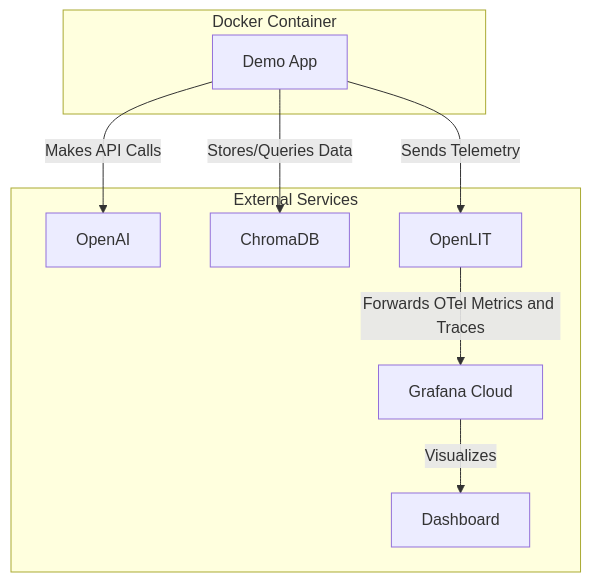
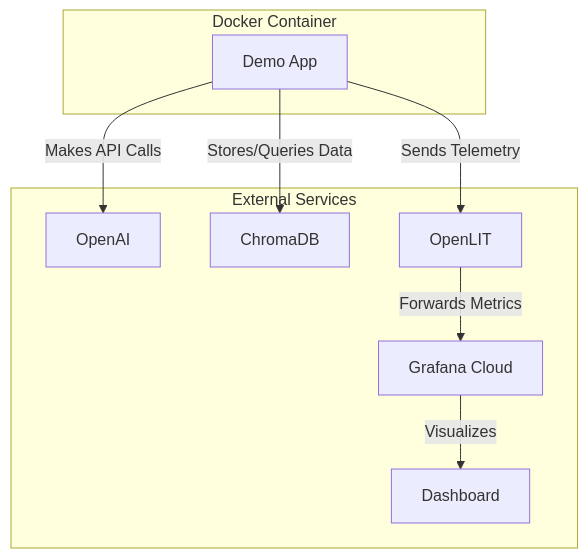
Before and after one commit to grafana/ai-observability-demo: the diagram in docker/README.md, drawn with Mermaid. The commit also changed other lines of this file, not shown here.

````diff
--- a/docker/README.md
+++ b/docker/README.md
@@ -7,20 +7,20 @@
 ```mermaid
 graph TD
     A[Demo App] -->|Makes API Calls| B[OpenAI]
     A -->|Stores/Queries Data| C[ChromaDB]
     A -->|Sends Telemetry| D[OpenLIT]
-    D -->|Forwards OTel Metrics and Traces| E[Grafana Cloud]
+    D -->|Forwards Metrics| E[Grafana Cloud]
     E -->|Visualizes| F[Dashboard]
 
     subgraph "Docker Container"
         A
     end
 
     subgraph "External Services"
         B
         C
         D
         E
         F
     end
 ```
````
